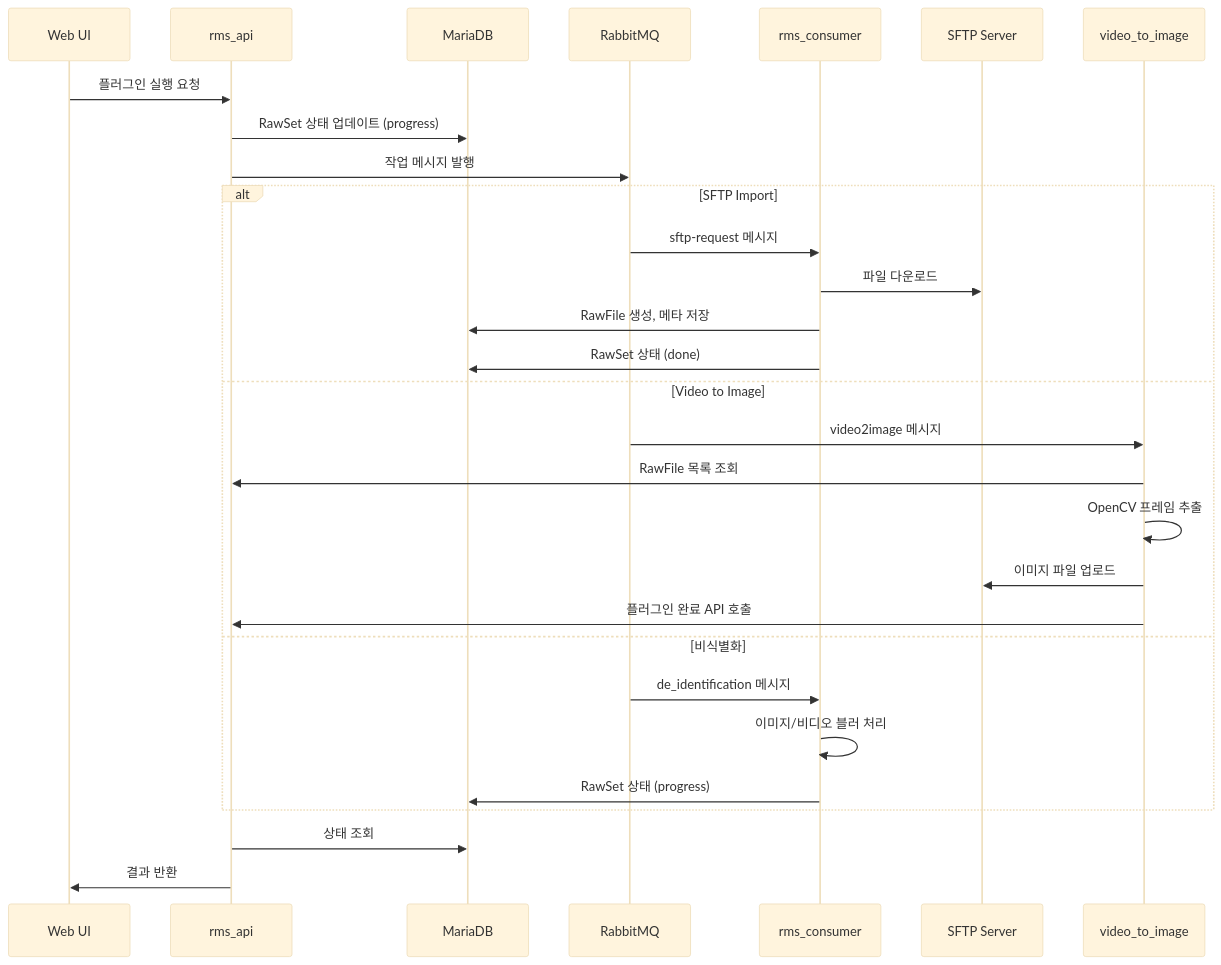
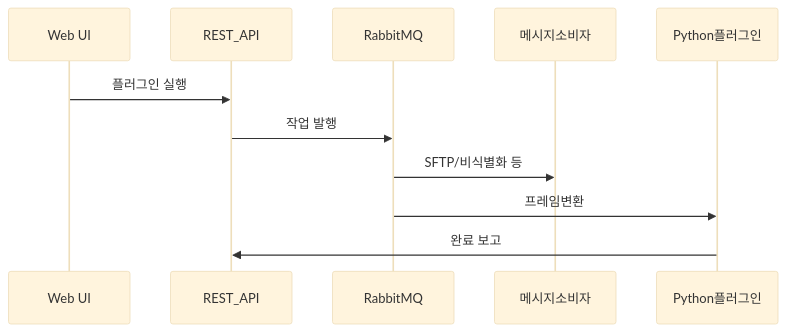
The diagram in content/projects/rms/architecture.md (eatdu0918/portfolio), drawn with Mermaid (base theme) before and after one commit. The commit also changed other lines of this file and 41 other files, not shown here.

````diff
--- a/content/projects/rms/architecture.md
+++ b/content/projects/rms/architecture.md
@@ -99,34 +52,13 @@
 ```mermaid
 sequenceDiagram
     participant UI as Web UI
-    participant API as rms_api
-    participant DB as MariaDB
+    participant API as REST_API
     participant MQ as RabbitMQ
-    participant Consumer as rms_consumer
-    participant SFTP as SFTP Server
-    participant Python as video_to_image
-
-    UI->>API: 플러그인 실행 요청
-    API->>DB: RawSet 상태 업데이트 (progress)
-    API->>MQ: 작업 메시지 발행
-
-    alt SFTP Import
-        MQ->>Consumer: sftp-request 메시지
-        Consumer->>SFTP: 파일 다운로드
-        Consumer->>DB: RawFile 생성, 메타 저장
-        Consumer->>DB: RawSet 상태 (done)
-    else Video to Image
-        MQ->>Python: video2image 메시지
-        Python->>API: RawFile 목록 조회
-        Python->>Python: OpenCV 프레임 추출
-        Python->>SFTP: 이미지 파일 업로드
-        Python->>API: 플러그인 완료 API 호출
-    else 비식별화
-        MQ->>Consumer: de_identification 메시지
-        Consumer->>Consumer: 이미지/비디오 블러 처리
-        Consumer->>DB: RawSet 상태 (progress)
-    end
-
-    API->>DB: 상태 조회
-    API->>UI: 결과 반환
+    participant CS as 메시지소비자
+    participant PY as Python플러그인
+    UI->>API: 플러그인 실행
+    API->>MQ: 작업 발행
+    MQ->>CS: SFTP/비식별화 등
+    MQ->>PY: 프레임변환
+    PY->>API: 완료 보고
 ```
````
